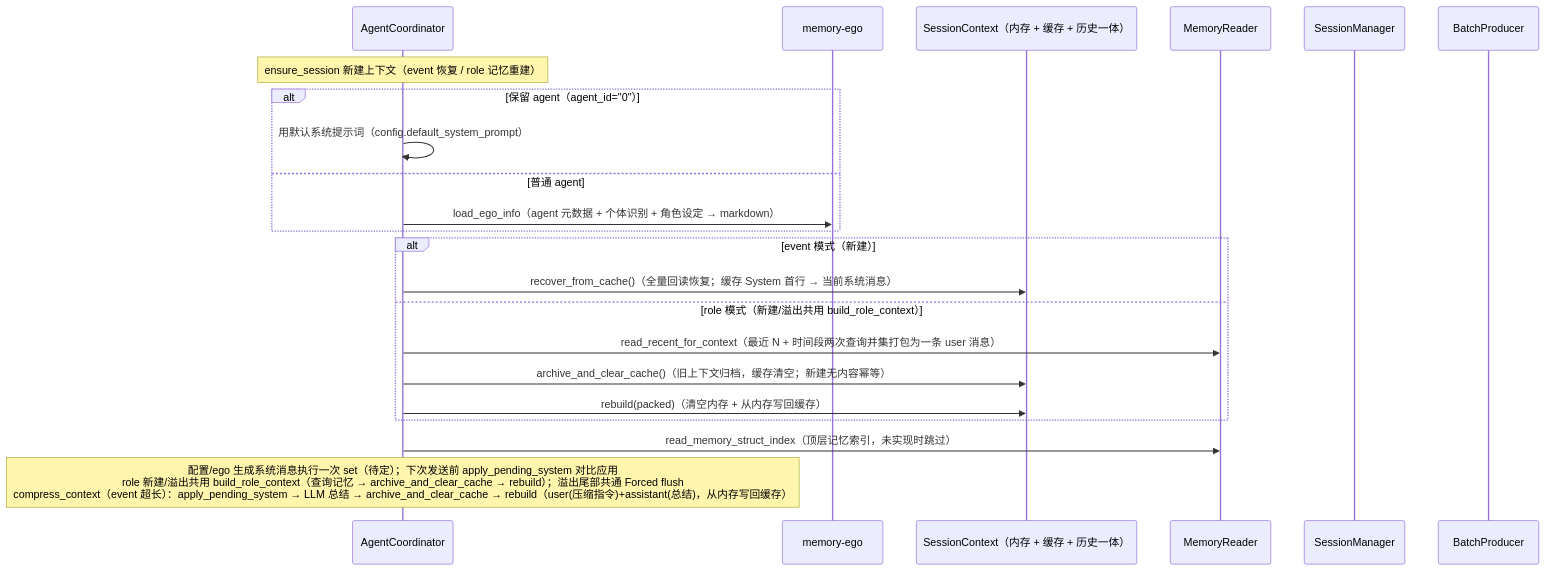
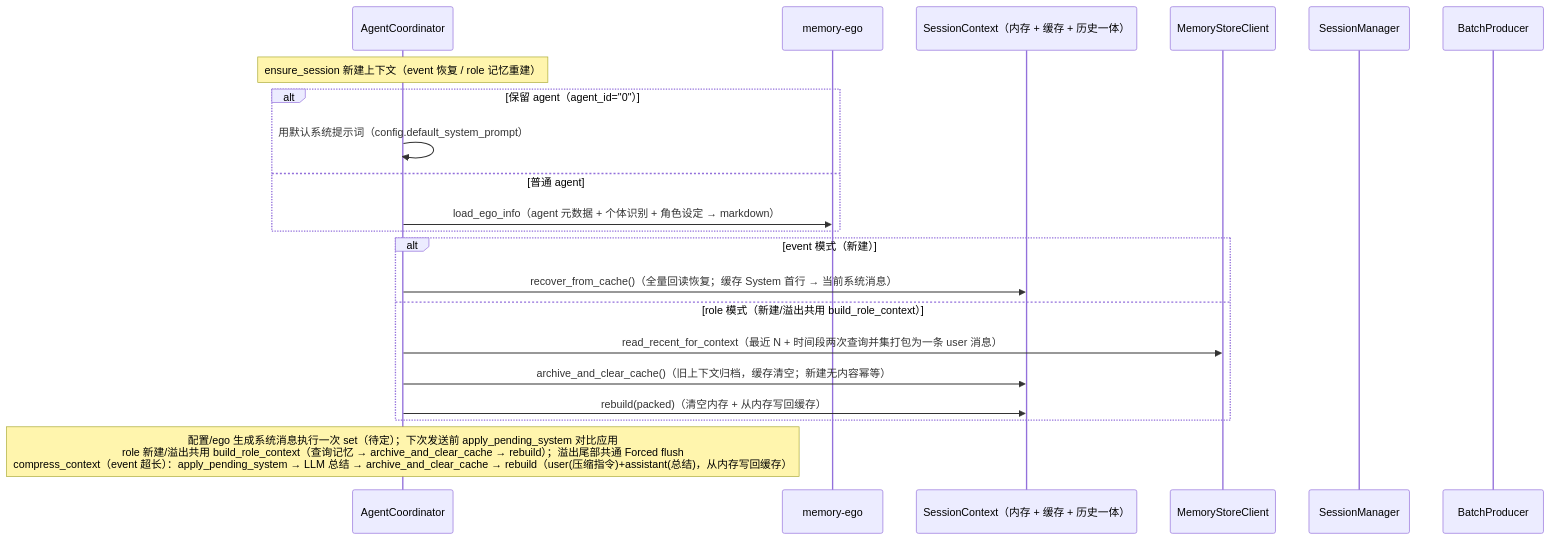
One commit to coldcloude/kissbot changed the fifth of 5 diagrams in docs/spec/kissbot-agent-modules.md. Above: the diagram before and after it, drawn with Mermaid. The commit also changed other lines of this file and 1 other file, not shown here.

Commit message:
docs: memory_reader 删除后同步模块表/组件图/时序图/交互边界（memory_store_client 承担读写，新增 message 模块行；nexus 读取节改 MemoryStoreClient、删记忆索引节）

````diff
--- a/docs/spec/kissbot-agent-modules.md
+++ b/docs/spec/kissbot-agent-modules.md
@@ -185,25 +183,24 @@
 ```mermaid
 sequenceDiagram
     participant CO as AgentCoordinator
     participant EG as memory-ego
     participant SC as SessionContext（内存 + 缓存 + 历史一体）
-    participant MR as MemoryReader
+    participant MSC as MemoryStoreClient
     participant SM as SessionManager
     participant BP as BatchProducer
 
     Note over CO: ensure_session 新建上下文（event 恢复 / role 记忆重建）
     alt 保留 agent（agent_id="0"）
         CO->>CO: 用默认系统提示词（config.default_system_prompt）
     else 普通 agent
         CO->>EG: load_ego_info（agent 元数据 + 个体识别 + 角色设定 → markdown）
     end
     alt event 模式（新建）
         CO->>SC: recover_from_cache()（全量回读恢复；缓存 System 首行 → 当前系统消息）
     else role 模式（新建/溢出共用 build_role_context）
-        CO->>MR: read_recent_for_context（最近 N + 时间段两次查询并集打包为一条 user 消息）
+        CO->>MSC: read_recent_for_context（最近 N + 时间段两次查询并集打包为一条 user 消息）
         CO->>SC: archive_and_clear_cache()（旧上下文归档，缓存清空；新建无内容幂等）
         CO->>SC: rebuild(packed)（清空内存 + 从内存写回缓存）
     end
-    CO->>MR: read_memory_struct_index（顶层记忆索引，未实现时跳过）
     Note over CO: 配置/ego 生成系统消息执行一次 set（待定）；下次发送前 apply_pending_system 对比应用<br/>role 新建/溢出共用 build_role_context（查询记忆 → archive_and_clear_cache → rebuild）；溢出尾部共通 Forced flush<br/>compress_context（event 超长）：apply_pending_system → LLM 总结 → archive_and_clear_cache → rebuild（user(压缩指令)+assistant(总结)，从内存写回缓存）
 ```
````
